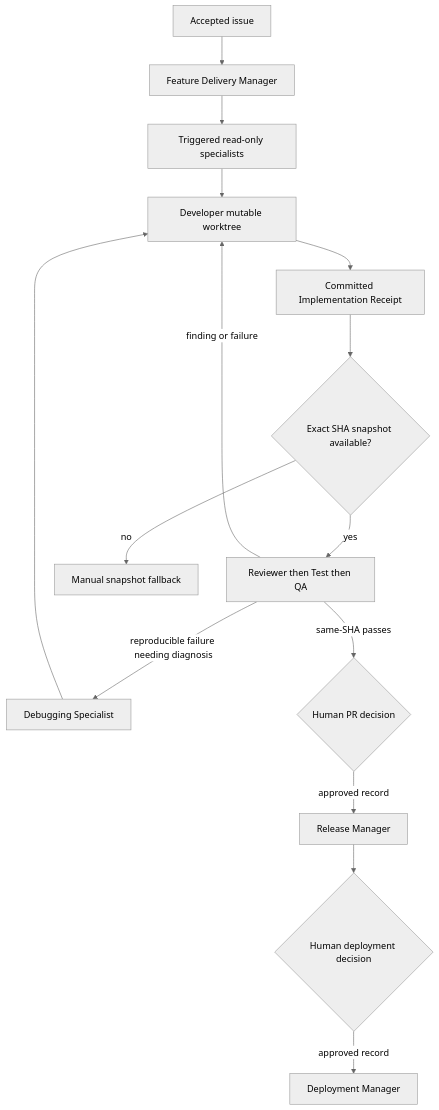
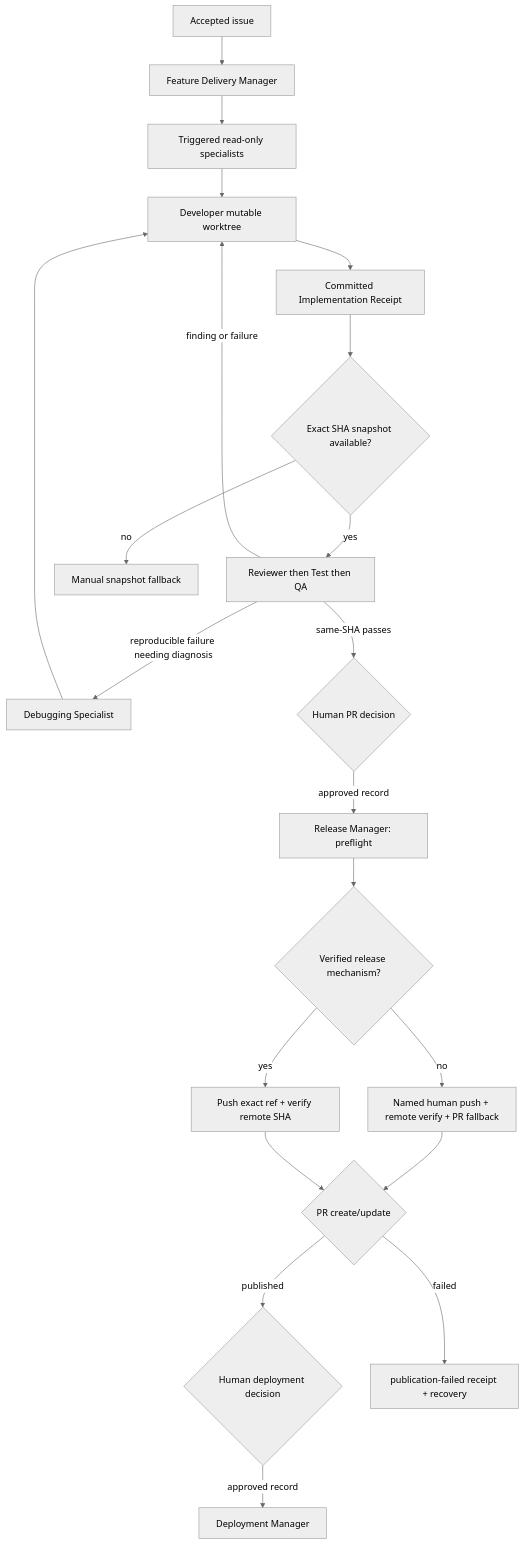
The diagram in docs/agents/feature-delivery-manager.md (lfarci/loganfarci.com), drawn with Mermaid (neutral theme) before and after one commit. The commit also changed other lines of this file and 5 other files, not shown here.

Commit message:
fix: harden feature delivery publication flow

````diff
--- a/docs/agents/feature-delivery-manager.md
+++ b/docs/agents/feature-delivery-manager.md
@@ -162,17 +185,23 @@
 ```mermaid
 flowchart TD
     A[Accepted issue] --> M[Feature Delivery Manager]
     M --> S[Triggered read-only specialists]
     S --> D[Developer mutable worktree]
     D --> I[Committed Implementation Receipt]
     I --> V{Exact SHA snapshot available?}
     V -->|yes| R[Reviewer then Test then QA]
     V -->|no| F[Manual snapshot fallback]
     R -->|reproducible failure needing diagnosis| B[Debugging Specialist]
     B --> D
     R -->|finding or failure| D
     R -->|same-SHA passes| P{Human PR decision}
-    P -->|approved record| L[Release Manager]
-    L --> Q{Human deployment decision}
+    P -->|approved record| L[Release Manager: preflight]
+    L --> U{Verified release mechanism?}
+    U -->|no| H[Named human push + remote verify + PR fallback]
+    U -->|yes| W[Push exact ref + verify remote SHA]
+    H --> Z{Release receipt?}
+    W --> Z{PR create/update}
+    Z -->|published| Q{Human deployment decision}
+    Z -->|failed| F2[publication-failed receipt + recovery]
     Q -->|approved record| X[Deployment Manager]
 ```
````
